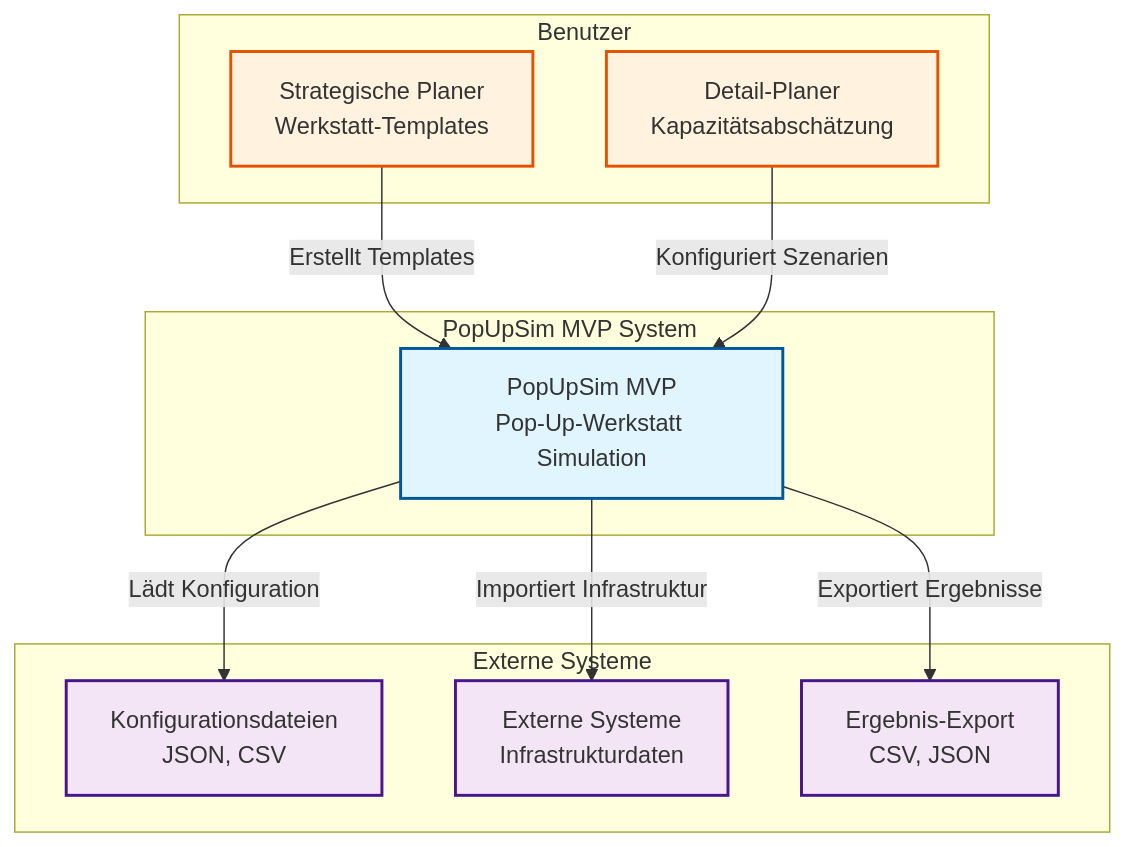
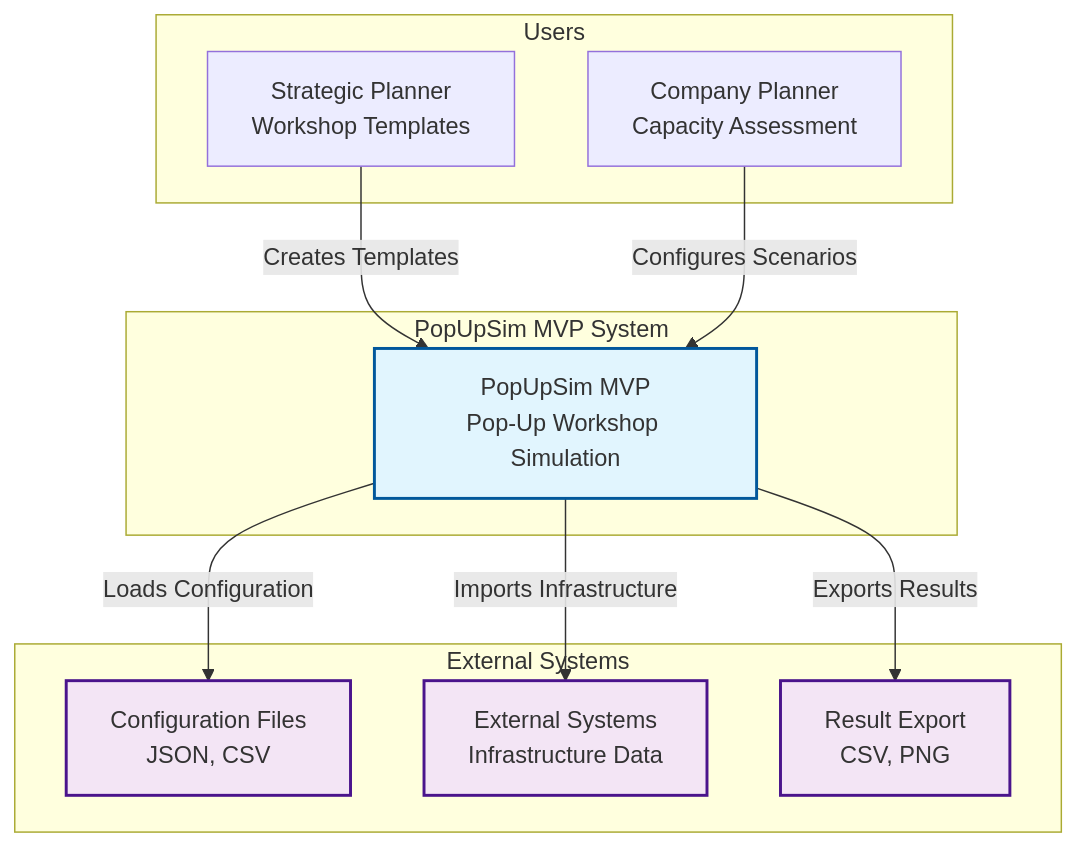
The first of 3 diagrams in docs/mvp/development/01-mvp-overview.md (OpenRailAssociation/dac-migration-dss-popupsim), drawn with Mermaid before and after one commit. The commit also changed other lines of this file and 22 other files, not shown here.

````diff
--- a/docs/mvp/development/01-mvp-overview.md
+++ b/docs/mvp/development/01-mvp-overview.md
@@ -22,32 +24,32 @@
 ```mermaid
 graph TB
     subgraph "PopUpSim MVP System"
-        PopUpSim[PopUpSim MVP<br/>Pop-Up-Werkstatt Simulation]
+        PopUpSim[PopUpSim MVP<br/>Pop-Up Workshop Simulation]
     end
 
-    subgraph "Benutzer"
-        Planer[Strategische Planer<br/>Werkstatt-Templates]
-        Detailplaner[Detail-Planer<br/>Kapazitätsabschätzung]
+    subgraph "Users"
+        Planner[Strategic Planner<br/>Workshop Templates]
+        DetailPlanner[Company Planner<br/>Capacity Assessment]
     end
 
-    subgraph "Externe Systeme"
-        Files[Konfigurationsdateien<br/>JSON, CSV]
-        ExtSys[Externe Systeme<br/>Infrastrukturdaten]
-        Results[Ergebnis-Export<br/>CSV, JSON]
+    subgraph "External Systems"
+        Files[Configuration Files<br/>JSON, CSV]
+        ExtSys[External Systems<br/>Infrastructure Data]
+        Results[Result Export<br/>CSV, PNG]
     end
 
-    Planer -->|Erstellt Templates| PopUpSim
-    Detailplaner -->|Konfiguriert Szenarien| PopUpSim
+    Planner -->|Creates Templates| PopUpSim
+    DetailPlanner -->|Configures Scenarios| PopUpSim
 
-    PopUpSim -->|Lädt Konfiguration| Files
-    PopUpSim -->|Importiert Infrastruktur| ExtSys
-    PopUpSim -->|Exportiert Ergebnisse| Results
+    PopUpSim -->|Loads Configuration| Files
+    PopUpSim -->|Imports Infrastructure| ExtSys
+    PopUpSim -->|Exports Results| Results
 
     classDef system fill:#e1f5fe,stroke:#01579b,stroke-width:2px
     classDef user fill:#fff3e0,stroke:#e65100,stroke-width:2px
     classDef external fill:#f3e5f5,stroke:#4a148c,stroke-width:2px
 
     class PopUpSim system
     class Planer,Detailplaner user
     class Files,ExtSys,Results external
 ```
````
